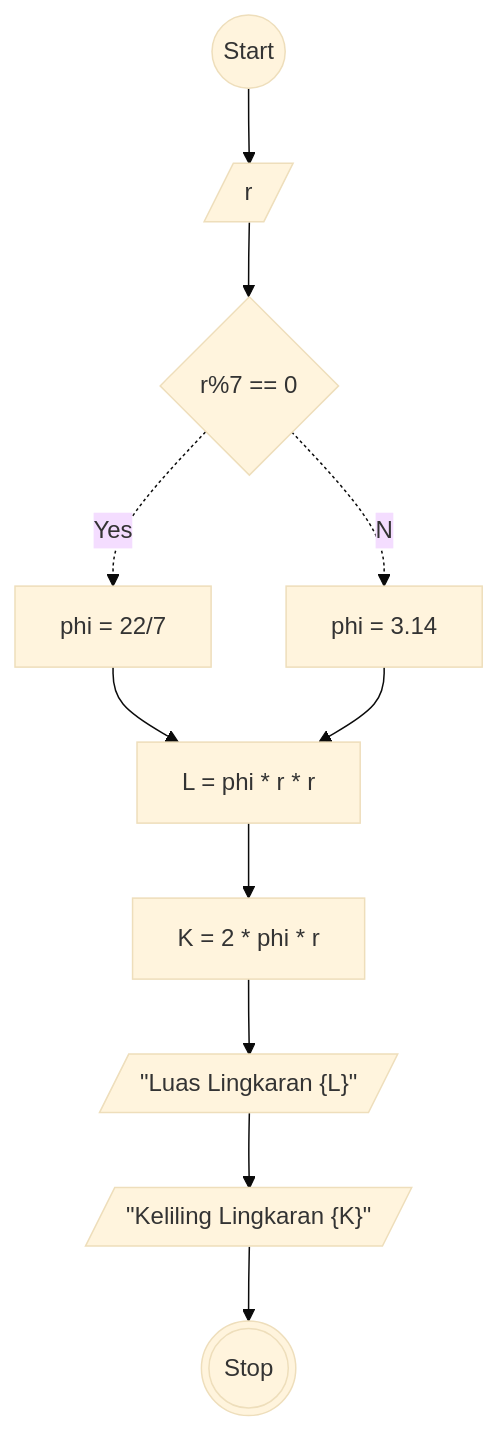
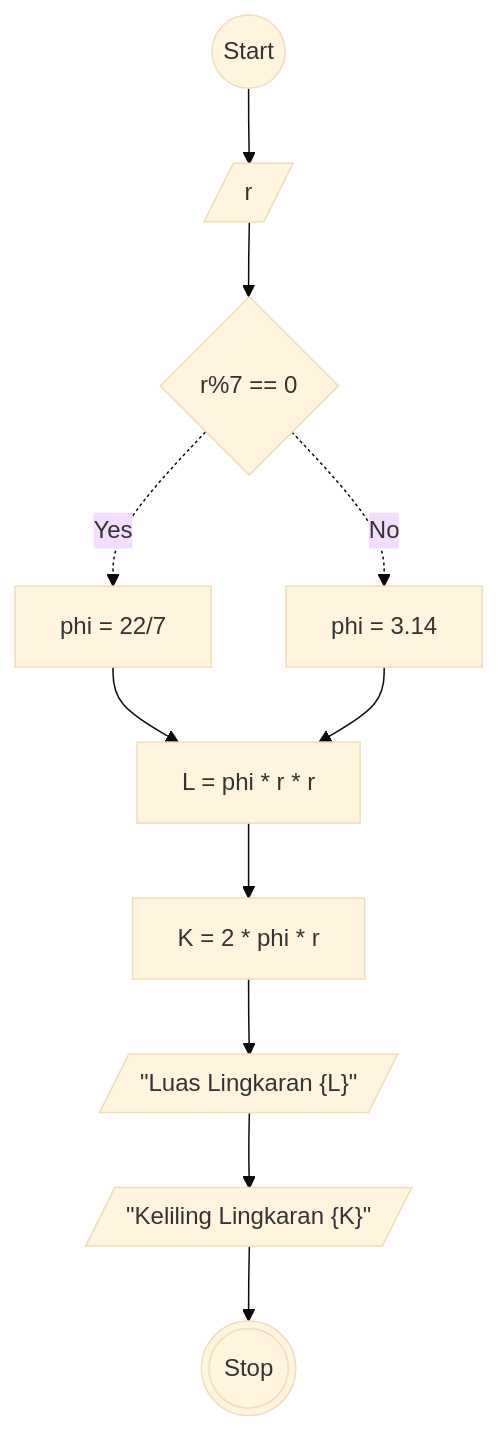
Before and after one commit to dimastadeoo/koda-b8-javascript1: the diagram in readme.md, drawn with Mermaid (base theme).

````diff
--- a/readme.md
+++ b/readme.md
@@ -6,21 +6,21 @@
 ```mermaid
 
 flowchart TD
     A@{ shape: circle, label: "Start" }
     
     B@{ shape: lean-r, label: "r" }
     I@{ shape: diamond, label: "r%7 == 0" }
     J@{ shape: rect, label: "phi = 22/7" }
     C@{ shape: rect, label: "phi = 3.14" }
     D@{ shape: rect, label: "L = phi * r * r" }
     E@{ shape: rect, label: "K = 2 * phi * r" }
     F@{ shape: lean-r, label: '"Luas Lingkaran {L}"' }
     G@{ shape: lean-r, label: '"Keliling Lingkaran {K}"' }
     H@{ shape: dbl-circ, label: "Stop" }
 
     A-->B-->I-.Yes.->J-->D
     
-    I-.No.->C-->D-->E-->F-->G-->H
+    I-.No .->C-->D-->E-->F-->G-->H
 
 
 ```
````
